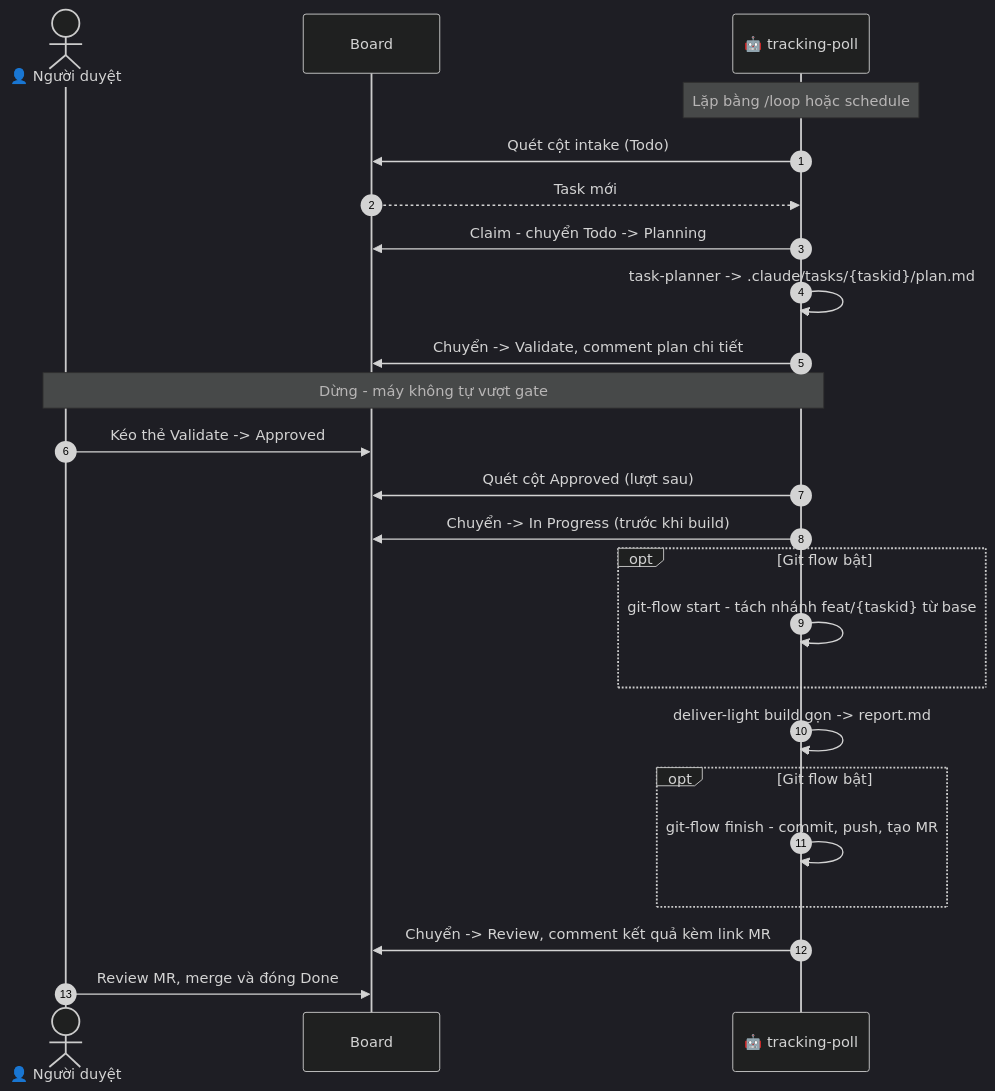
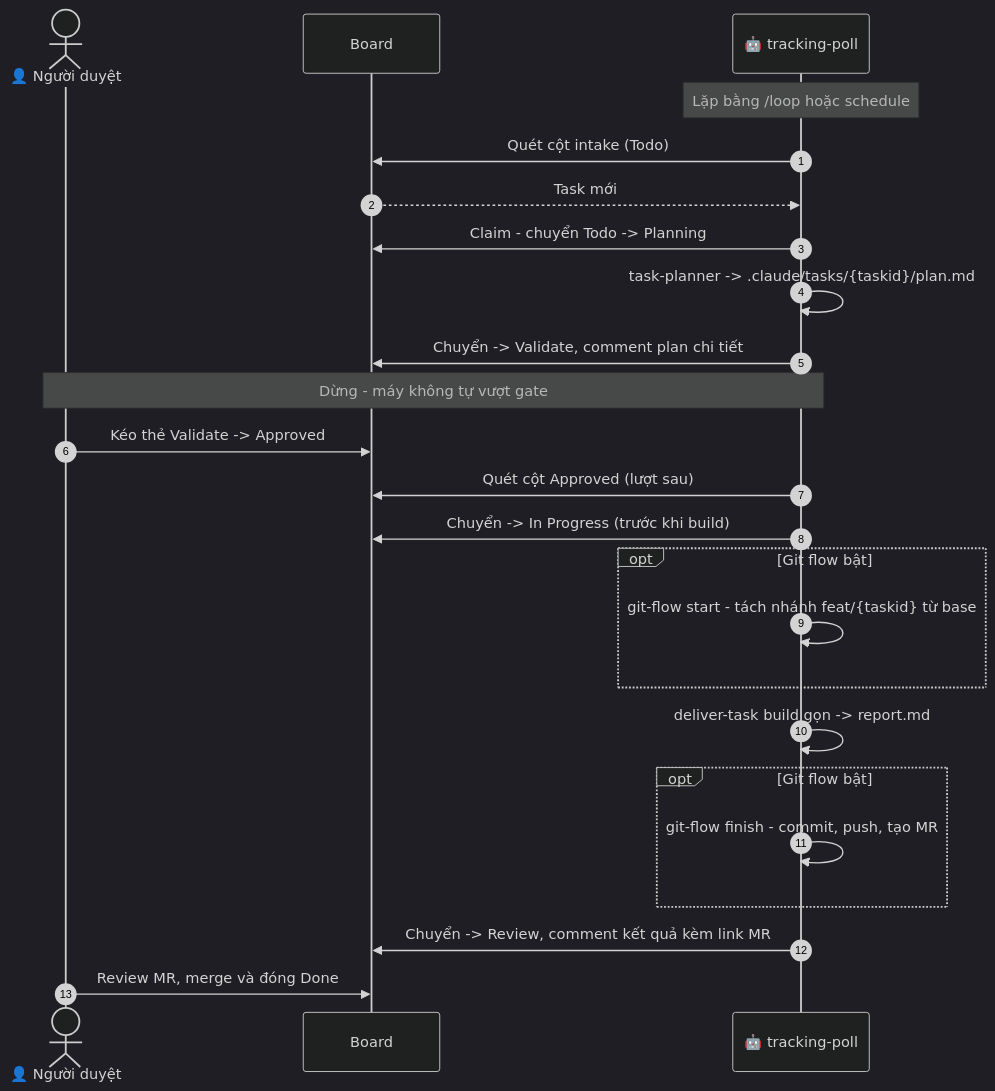
Before and after one commit to minhhv08/msdlc: the second of 2 diagrams in docs/workflow-kanban-board.md, drawn with Mermaid (dark theme). The commit also changed other lines of this file and 24 other files, not shown here.

First line of the commit message:
(feat): spec phân loại story/task để tiết kiệm token; đổi tên deliver-auto→deliver-story, deliver-light→deliver-task

````diff
--- a/docs/workflow-kanban-board.md
+++ b/docs/workflow-kanban-board.md
@@ -40,27 +40,27 @@
 ```mermaid
 sequenceDiagram
     autonumber
     actor H as 👤 Người duyệt
     participant B as Board
     participant P as 🤖 tracking-poll
 
     Note over P: Lặp bằng /loop hoặc schedule
     P->>B: Quét cột intake (Todo)
     B-->>P: Task mới
     P->>B: Claim - chuyển Todo -> Planning
     P->>P: task-planner -> .claude/tasks/{taskid}/plan.md
     P->>B: Chuyển -> Validate, comment plan chi tiết
     Note over H,P: Dừng - máy không tự vượt gate
     H->>B: Kéo thẻ Validate -> Approved
     P->>B: Quét cột Approved (lượt sau)
     P->>B: Chuyển -> In Progress (trước khi build)
     opt Git flow bật
         P->>P: git-flow start - tách nhánh feat/{taskid} từ base
     end
-    P->>P: deliver-light build gọn -> report.md
+    P->>P: deliver-task build gọn -> report.md
     opt Git flow bật
         P->>P: git-flow finish - commit, push, tạo MR
     end
     P->>B: Chuyển -> Review, comment kết quả kèm link MR
     H->>B: Review MR, merge và đóng Done
 ```
````
